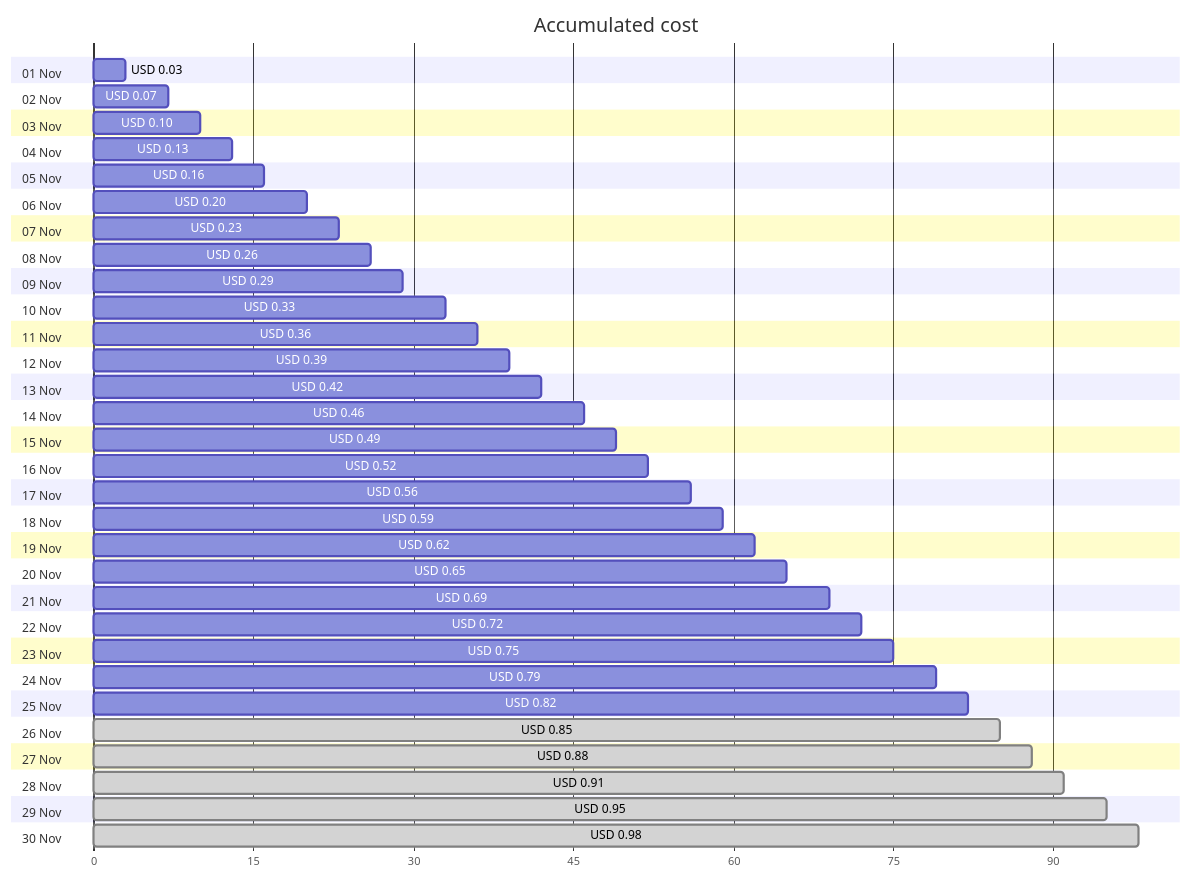
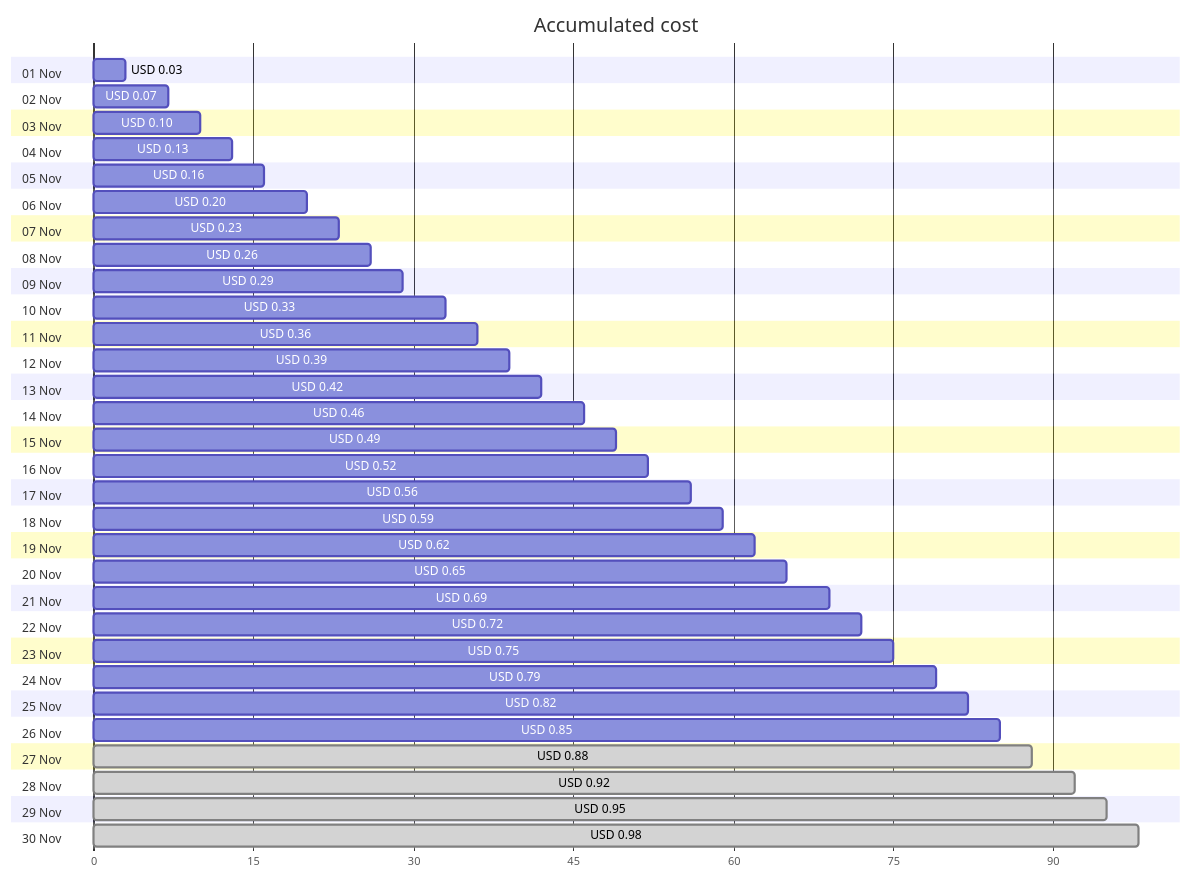
One commit to jpfulton/azure-personal-reports changed the first of 4 diagrams in cost-reports/personal-dns/README.md. Above: the diagram before and after it, drawn with Mermaid. The commit also changed other lines of this file and 2 other files, not shown here.

````diff
--- a/cost-reports/personal-dns/README.md
+++ b/cost-reports/personal-dns/README.md
@@ -20,66 +20,66 @@
 ```mermaid
 gantt
    title Accumulated cost
    dateFormat  X
    axisFormat %s
    section 01 Nov
    USD 0.03 :0, 3
    section 02 Nov
    USD 0.07 :0, 7
    section 03 Nov
    USD 0.10 :0, 10
    section 04 Nov
    USD 0.13 :0, 13
    section 05 Nov
    USD 0.16 :0, 16
    section 06 Nov
    USD 0.20 :0, 20
    section 07 Nov
    USD 0.23 :0, 23
    section 08 Nov
    USD 0.26 :0, 26
    section 09 Nov
    USD 0.29 :0, 29
    section 10 Nov
    USD 0.33 :0, 33
    section 11 Nov
    USD 0.36 :0, 36
    section 12 Nov
    USD 0.39 :0, 39
    section 13 Nov
    USD 0.42 :0, 42
    section 14 Nov
    USD 0.46 :0, 46
    section 15 Nov
    USD 0.49 :0, 49
    section 16 Nov
    USD 0.52 :0, 52
    section 17 Nov
    USD 0.56 :0, 56
    section 18 Nov
    USD 0.59 :0, 59
    section 19 Nov
    USD 0.62 :0, 62
    section 20 Nov
    USD 0.65 :0, 65
    section 21 Nov
    USD 0.69 :0, 69
    section 22 Nov
    USD 0.72 :0, 72
    section 23 Nov
    USD 0.75 :0, 75
    section 24 Nov
    USD 0.79 :0, 79
    section 25 Nov
    USD 0.82 :0, 82
    section 26 Nov
-   USD 0.85 : done, 0, 85
+   USD 0.85 :0, 85
    section 27 Nov
    USD 0.88 : done, 0, 88
    section 28 Nov
-   USD 0.91 : done, 0, 91
+   USD 0.92 : done, 0, 92
    section 29 Nov
    USD 0.95 : done, 0, 95
    section 30 Nov
    USD 0.98 : done, 0, 98
 ```
````
